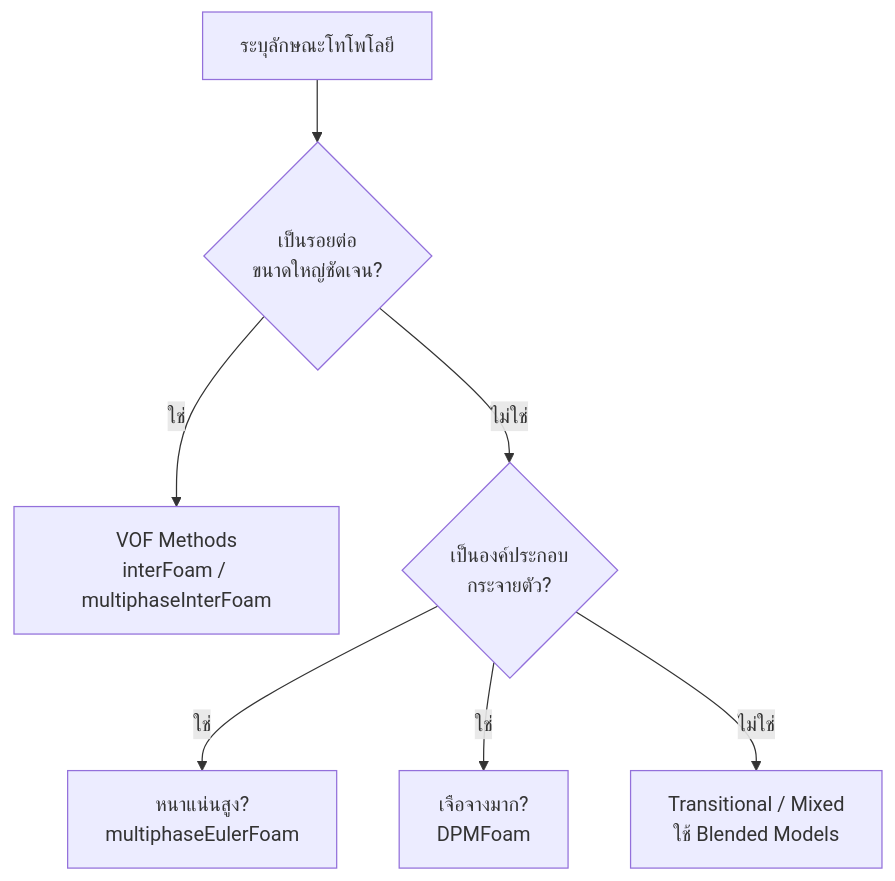
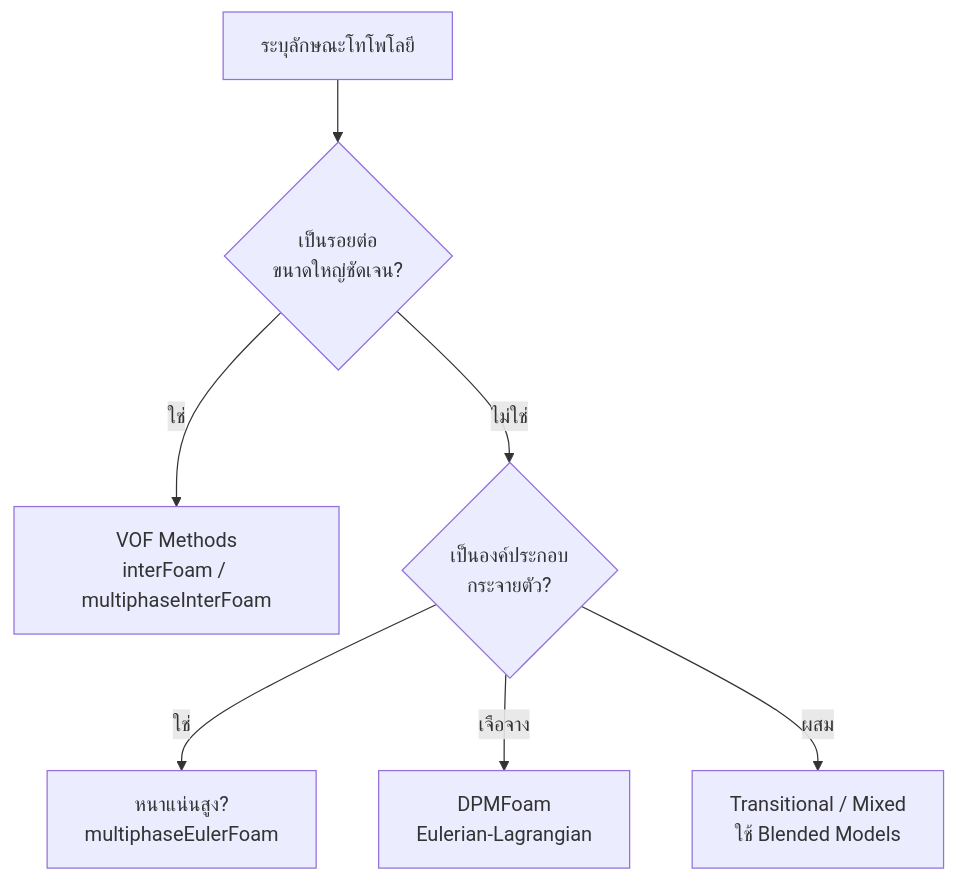
Before and after one commit to wramet/build-my-cfd: the diagram in MODULE_04_MULTIPHASE_FUNDAMENTALS/CONTENT/02_MULTIPHASE_BASICS/01_Flow_Regimes.md, drawn with Mermaid. The commit also changed other lines of this file and 297 other files, not shown here.

Commit message:
Add explanation under mermaid diagram

````diff
--- a/MODULE_04_MULTIPHASE_FUNDAMENTALS/CONTENT/02_MULTIPHASE_BASICS/01_Flow_Regimes.md
+++ b/MODULE_04_MULTIPHASE_FUNDAMENTALS/CONTENT/02_MULTIPHASE_BASICS/01_Flow_Regimes.md
@@ -103,9 +180,9 @@
 ```mermaid
 flowchart TD
     Start[ระบุลักษณะโทโพโลยี] --> Sep{เป็นรอยต่อ<br/>ขนาดใหญ่ชัดเจน?}
     Sep -- ใช่ --> VOF[VOF Methods<br/>interFoam / multiphaseInterFoam]
     Sep -- ไม่ใช่ --> Disp{เป็นองค์ประกอบ<br/>กระจายตัว?}
     Disp -- ใช่ --> EEDense[หนาแน่นสูง?<br/>multiphaseEulerFoam]
-    Disp -- ใช่ --> EEDilute[เจือจางมาก?<br/>DPMFoam]
-    Disp -- ไม่ใช่ --> Trans[Transitional / Mixed<br/>ใช้ Blended Models]
+    Disp -- เจือจาง --> EEDilute[DPMFoam<br/>Eulerian-Lagrangian]
+    Disp -- ผสม --> Trans[Transitional / Mixed<br/>ใช้ Blended Models]
 ```
````
